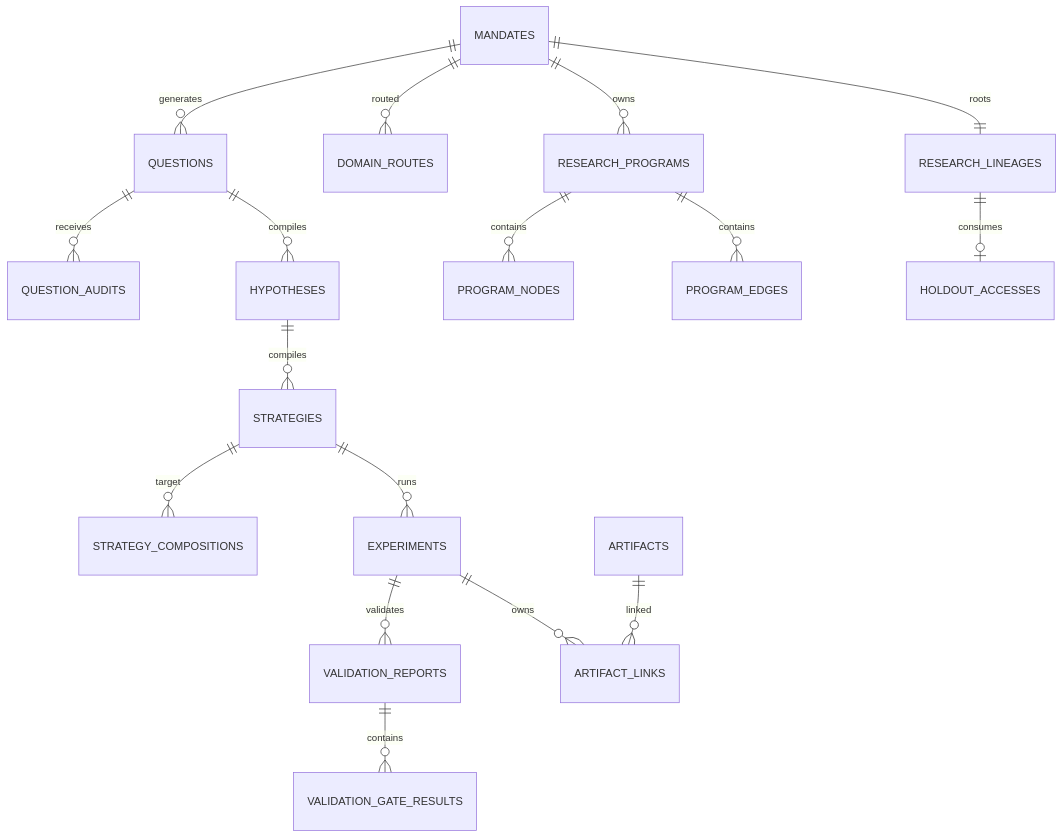
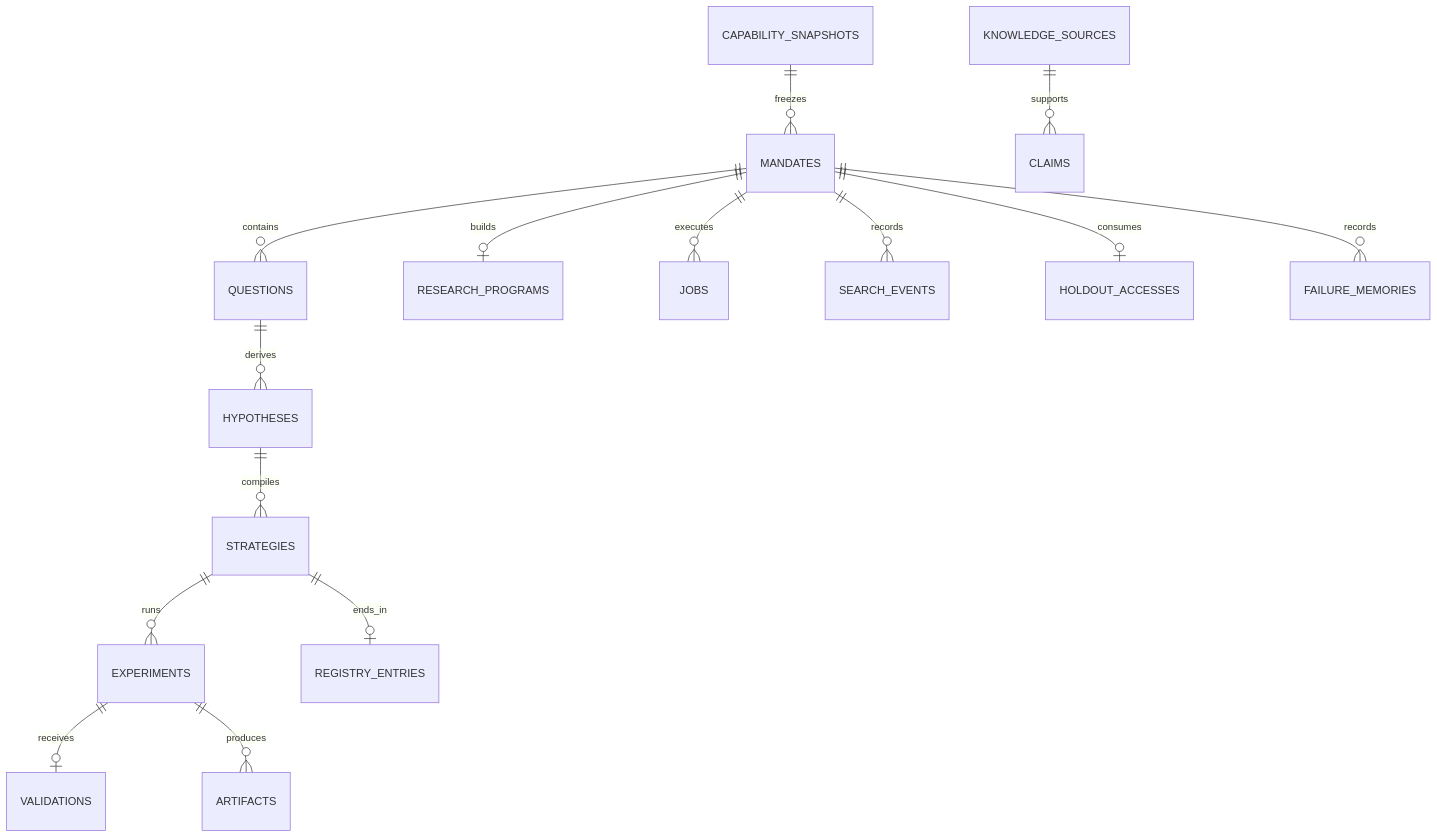
The diagram in docs/05_Database.md (PJH-02/Alpha_factory), drawn with Mermaid before and after one commit. The commit also changed other lines of this file and 19 other files, not shown here.

````diff
--- a/docs/05_Database.md
+++ b/docs/05_Database.md
@@ -82,19 +50,17 @@
 ```mermaid
 erDiagram
-    MANDATES ||--|| RESEARCH_LINEAGES : roots
-    MANDATES ||--o{ DOMAIN_ROUTES : routed
-    MANDATES ||--o{ QUESTIONS : generates
-    QUESTIONS ||--o{ QUESTION_AUDITS : receives
-    QUESTIONS ||--o{ HYPOTHESES : compiles
-    MANDATES ||--o{ RESEARCH_PROGRAMS : owns
-    RESEARCH_PROGRAMS ||--o{ PROGRAM_NODES : contains
-    RESEARCH_PROGRAMS ||--o{ PROGRAM_EDGES : contains
+    MANDATES ||--o{ QUESTIONS : contains
+    MANDATES ||--o| RESEARCH_PROGRAMS : builds
+    QUESTIONS ||--o{ HYPOTHESES : derives
     HYPOTHESES ||--o{ STRATEGIES : compiles
-    STRATEGIES ||--o{ STRATEGY_COMPOSITIONS : target
     STRATEGIES ||--o{ EXPERIMENTS : runs
-    EXPERIMENTS ||--o{ VALIDATION_REPORTS : validates
-    VALIDATION_REPORTS ||--o{ VALIDATION_GATE_RESULTS : contains
-    RESEARCH_LINEAGES ||--o| HOLDOUT_ACCESSES : consumes
-    EXPERIMENTS ||--o{ ARTIFACT_LINKS : owns
-    ARTIFACTS ||--o{ ARTIFACT_LINKS : linked
+    EXPERIMENTS ||--o| VALIDATIONS : receives
+    STRATEGIES ||--o| REGISTRY_ENTRIES : ends_in
+    MANDATES ||--o{ JOBS : executes
+    EXPERIMENTS ||--o{ ARTIFACTS : produces
+    MANDATES ||--o{ SEARCH_EVENTS : records
+    MANDATES ||--o| HOLDOUT_ACCESSES : consumes
+    CAPABILITY_SNAPSHOTS ||--o{ MANDATES : freezes
+    KNOWLEDGE_SOURCES ||--o{ CLAIMS : supports
+    MANDATES ||--o{ FAILURE_MEMORIES : records
 ```
````
